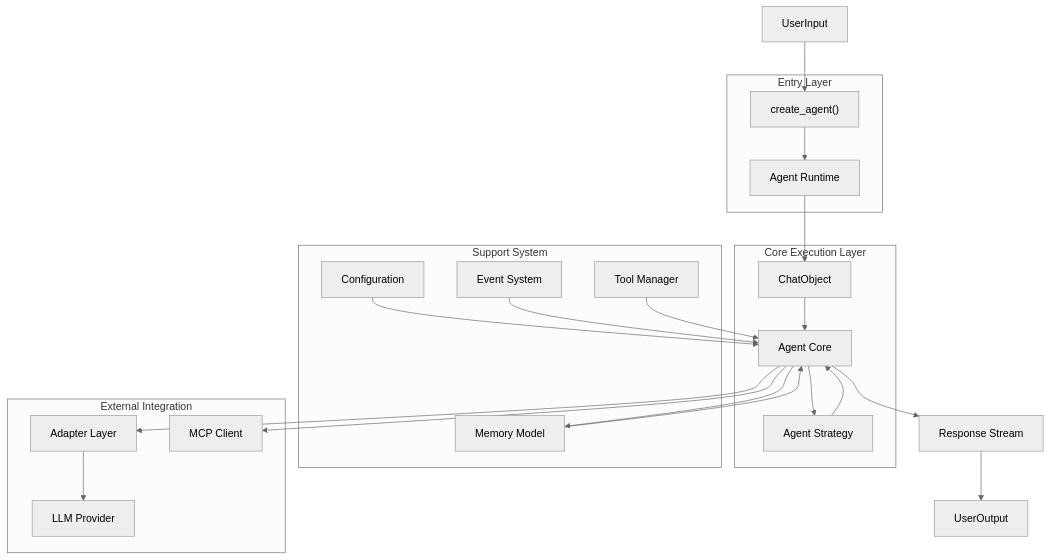
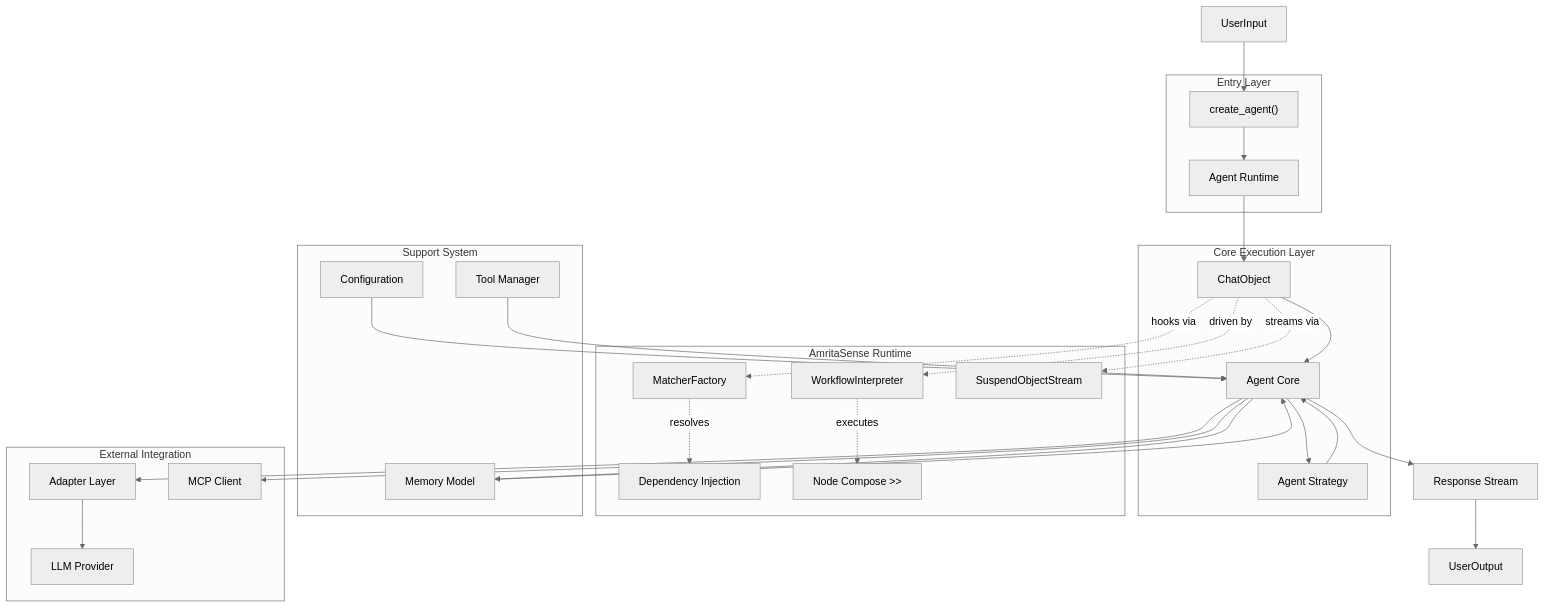
Before and after one commit to AmritaBot/AmritaCore: the first of 5 diagrams in docs/docs/guide/getting-started/architecture.md, drawn with Mermaid (neutral theme). The commit also changed other lines of this file and 95 other files, not shown here.

````diff
--- a/docs/docs/guide/getting-started/architecture.md
+++ b/docs/docs/guide/getting-started/architecture.md
@@ -7,45 +7,57 @@
 ```mermaid
 graph TB
     subgraph "Entry Layer"
         H[Agent Runtime]
         Factory["create_agent()"]
     end
 
     subgraph "Core Execution Layer"
         A[ChatObject]
         F[Agent Core]
         G[Agent Strategy]
     end
 
+    subgraph "AmritaSense Runtime"
+        WI[WorkflowInterpreter]
+        MF[MatcherFactory]
+        SOS[SuspendObjectStream]
+        DI[Dependency Injection]
+        NC[Node Compose >>]
+    end
+
     subgraph "Support System"
         B[Configuration]
-        C[Event System]
         D[Tool Manager]
         E[Memory Model]
     end
 
     subgraph "External Integration"
         Adapter[Adapter Layer]
         LLM[LLM Provider]
         MCP[MCP Client]
     end
 
     UserInput --> Factory
     Factory --> H
     H --> A
     A --> F
     F --> G
     G --> F
     F --> Adapter
     Adapter --> LLM
     F --> MCP
 
+    A -.->|driven by| WI
+    A -.->|hooks via| MF
+    A -.->|streams via| SOS
+    MF -.->|resolves| DI
+    WI -.->|executes| NC
+
     B --> F
-    C --> F
     D --> F
     E --> F
 
     F --> ResponseStream[Response Stream]
     ResponseStream --> UserOutput
     F --> E
 ```
````
